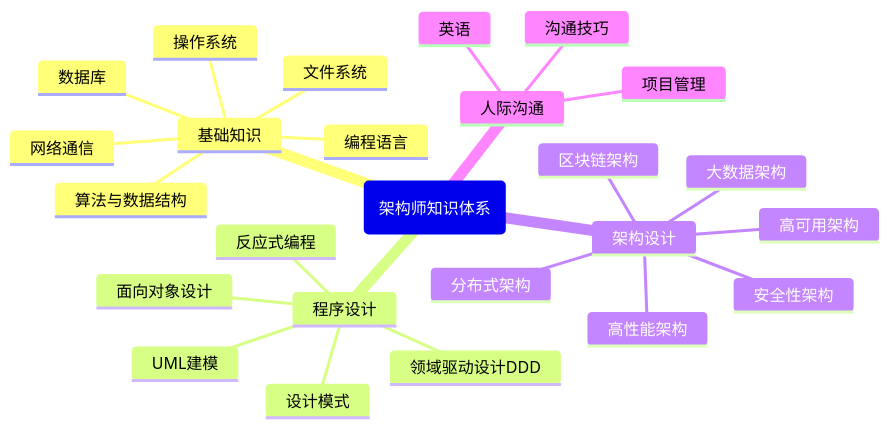
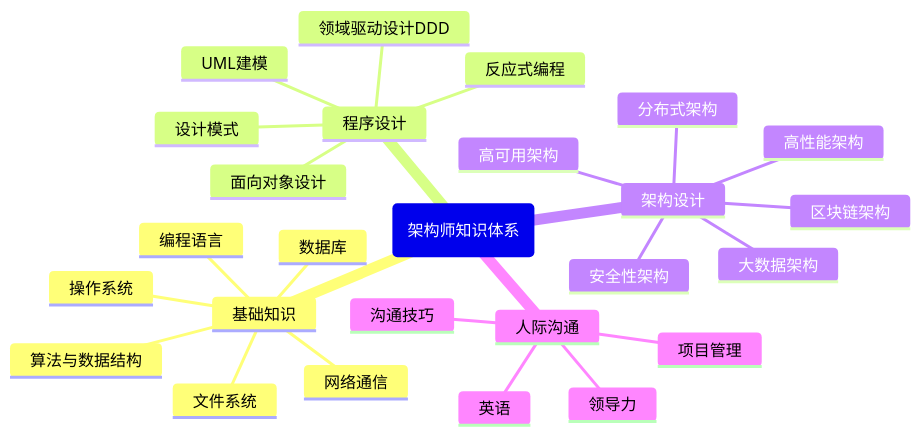
Before and after one commit to wallace-lai/learning-notes: the diagram in source/Unfiled/architect-roadmap.md, drawn with Mermaid. The commit also changed 1 other file, not shown here.

Commit message:
update schedule (#141)

````diff
--- a/source/Unfiled/architect-roadmap.md
+++ b/source/Unfiled/architect-roadmap.md
@@ -9,33 +9,34 @@
 ```{mermaid}
 
 mindmap
     root(架构师知识体系)
         基础知识
         ::icon(fa fa-book)
             操作系统
             算法与数据结构
             编程语言
             网络通信
             文件系统
             数据库
         程序设计
         ::icon(fa fa-bookmark)
             UML建模
             面向对象设计
             设计模式
             反应式编程
             领域驱动设计DDD
         架构设计
         ::icon(fa fa-sitemap)
             高可用架构
             高性能架构
             安全性架构
             大数据架构
             区块链架构
             分布式架构
         人际沟通
         ::icon(fa fa-heart)
             英语
+            领导力
             沟通技巧
             项目管理
 ```
````
